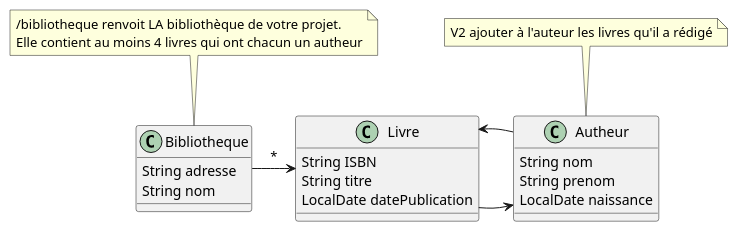
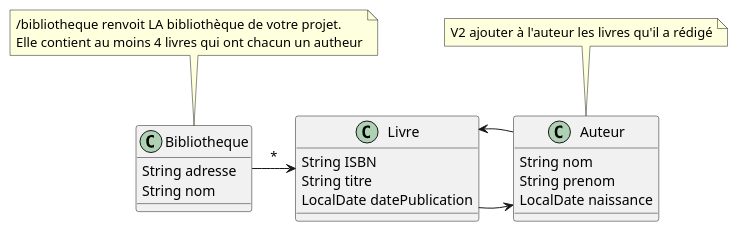
The diagram in Ressources/classes.puml (florentBourgeois/web-LPDAOO-24-25), drawn with PlantUML before and after one commit. The commit also changed 2 other files, not shown here.

```diff
--- a/Ressources/classes.puml
+++ b/Ressources/classes.puml
@@ -1,32 +1,32 @@
 @startuml
 'https://plantuml.com/class-diagram
 
 class Bibliotheque{
     String adresse
     String nom
 }
 
 class Livre {
     String ISBN
     String titre
     LocalDate datePublication
 }
 
 
-class Autheur {
+class Auteur {
     String nom
     String prenom
     LocalDate naissance
 }
 
 Bibliotheque -> Livre : *
-Livre -> Autheur
-Autheur -> Livre
+Livre -> Auteur
+Auteur -> Livre
 
 
 note "/bibliotheque renvoit LA bibliothèque de votre projet. \nElle contient au moins 4 livres qui ont chacun un autheur" as N1
 N1 .. Bibliotheque
 
 note "V2 ajouter à l'auteur les livres qu'il a rédigé" as N2
-N2 .. Autheur
+N2 .. Auteur
 @enduml
```
